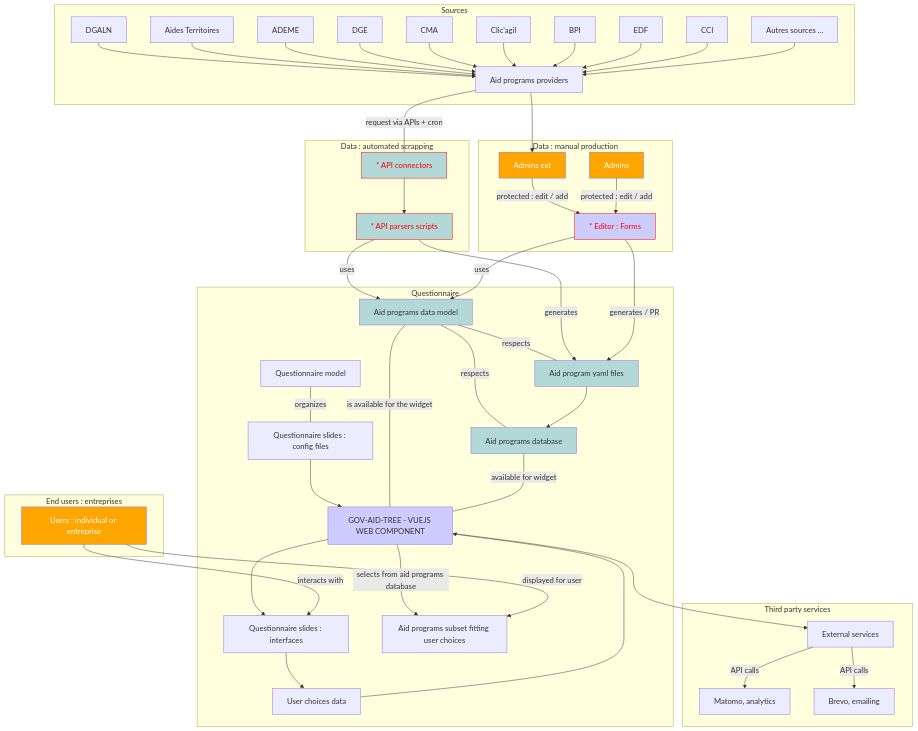
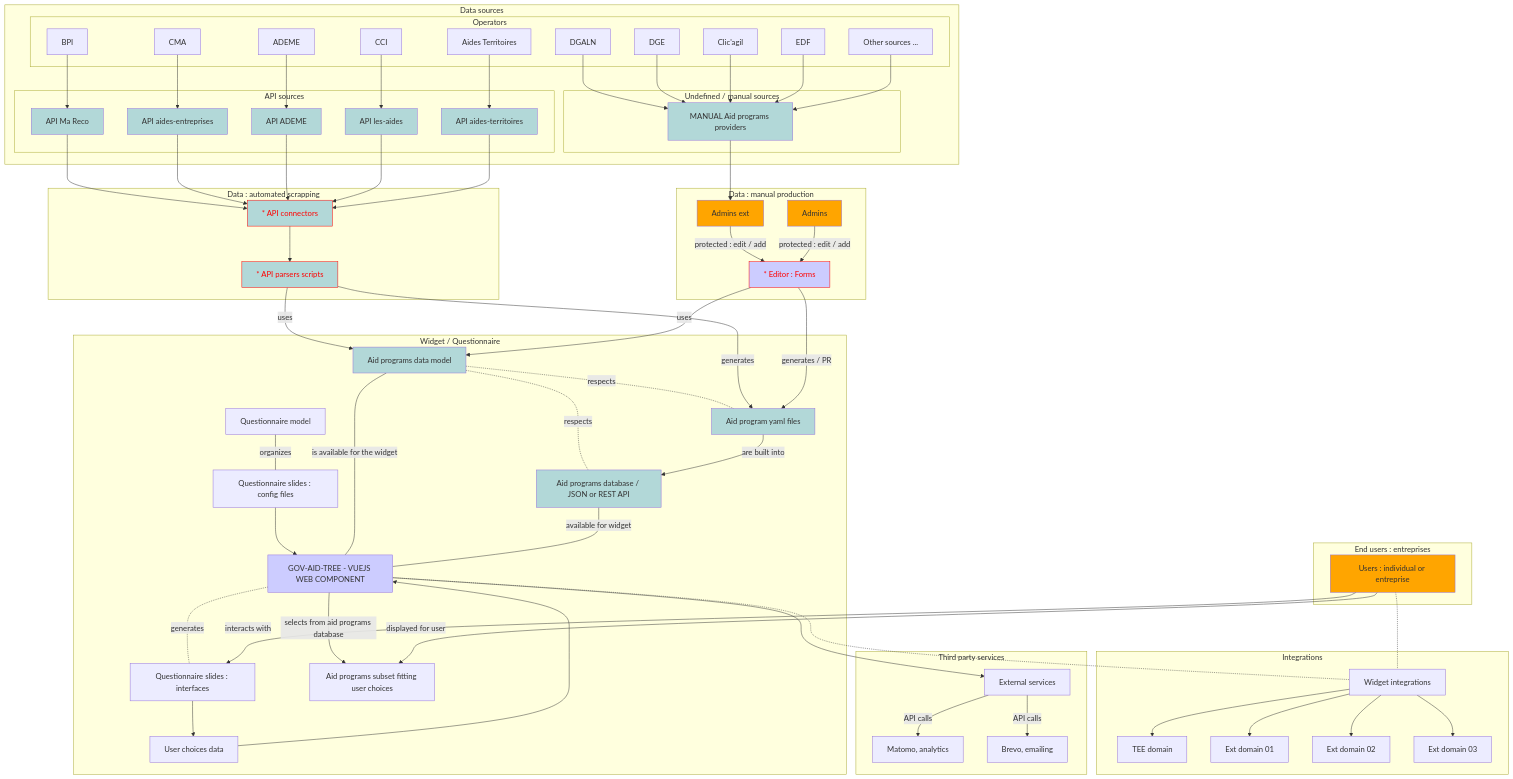
One commit to betagouv/mission-transition-ecologique changed the first of 2 diagrams in README.md. Above: the diagram before and after it, drawn with Mermaid. The commit also changed other lines of this file and 2 other files, not shown here.

````diff
--- a/README.md
+++ b/README.md
@@ -91,83 +91,117 @@
 ```mermaid
 graph TD;
     
-    subgraph "Questionnaire"
-    tracksModel[Questionnaire model] -- organizes --- tracks;
-    tracks[Questionnaire slides : config files] --> widget[GOV-AID-TREE - VUEJS WEB COMPONENT];
-    datamodel[Aid programs data model] -- is available for the widget --- widget;
-    questions[Questionnaire slides : interfaces] --> choices[User choices data];
-    widget -- selects from aid programs database --> results[Aid programs subset fitting user choices];
-    widget --> questions;
-    choices --> widget;
-    datasets[Aid programs database] -- available for widget --- widget;
-    datamodel -- respects --- datafiles;
-    datamodel -- respects --- datasets;
-    datafiles[Aid program yaml files] --> datasets;
+    subgraph "Widget / Questionnaire"
+	    tracksModel[Questionnaire model] -- organizes --- tracks
+	    tracks[Questionnaire slides : config files] --> widget[GOV-AID-TREE - VUEJS WEB COMPONENT]
+	    datamodel[Aid programs data model] -- is available for the widget --- widget
+	    questions[Questionnaire slides : interfaces] --> choices[User choices data]
+	    widget -. generates .- questions
+	    widget -- selects from aid programs database --> results[Aid programs subset fitting user choices]
+	    choices --> widget
+	    dataset[Aid programs database / JSON or REST API] -- available for widget --- widget
+	    datamodel -. respects .- dataset
+	    datamodel -. respects .- datafiles
+	    datafiles[Aid program yaml files] -- are built into --> dataset
     end
     
-    
     subgraph "Data : automated scrapping"
-    connectors[* API connectors] --> parser;
-    parser[* API parsers scripts] -- uses --> datamodel;
-    parser -- generates --> datafiles;
-    %% parser -- generates --> datasets;
+	    connectors[* API connectors] --> parser
+	    parser[* API parsers scripts] -- uses --> datamodel
+	    parser -- generates --> datafiles
+	    %% parser -- generates --> dataset
     end
 
     subgraph "Data : manual production"
-    adminsExt[Admins ext] -- protected : edit / add --> editor;
-    admins[Admins] -- protected : edit / add --> editor;
-    editor[* Editor : Forms] -- uses --> datamodel;
-    editor -- generates / PR --> datafiles;
+	    adminsExt[Admins ext] -- protected : edit / add --> editor
+	    admins[Admins] -- protected : edit / add --> editor
+	    editor[* Editor : Forms] -- uses --> datamodel
+	    editor -- generates / PR --> datafiles
+			%% adminsExt -.- admins
     end
 
-    
-    subgraph "Sources"
-    dgaln[DGALN] --> sources
-    aidesterr[Aides Territoires] --> sources
-    ademe[ADEME] --> sources
-    dge[DGE] --> sources
-    cma[CMA] --> sources
-    clicagil[Clic'agil] --> sources
-    bpi[BPI] --> sources
-    edf[EDF] --> sources
-    cci[CCI] --> sources
-    other[Autres sources ...] --> sources
-    sources[Aid programs providers] -- request via APIs + cron --- connectors;
+    subgraph "Data sources"
+			subgraph "Operators"
+				dgaln[DGALN]
+				aidesterr[Aides Territoires]
+				ademe[ADEME]
+				dge[DGE]
+				cma[CMA]
+				clicagil[Clic'agil]
+				bpi[BPI]
+				edf[EDF]
+				cci[CCI]
+				others[Other sources ...]
+			end
+			subgraph "API sources"
+				bpi --> maReco[API Ma Reco]
+				cma --> aidesEntr[API aides-entreprises]
+				ademe --> ademeApi[API ADEME]
+				cci --> lesAides[API les-aides]
+				aidesterr --> aidesterrApi[API aides-territoires]
+				maReco --> connectors
+				aidesEntr --> connectors
+				ademeApi --> connectors
+				lesAides --> connectors
+				aidesterrApi --> connectors
+			end
+			subgraph "Undefined / manual sources"
+		    sources[MANUAL Aid programs providers]
+			end
+    dgaln --> sources
+    dge --> sources
+    clicagil --> sources
+    edf --> sources
+    others --> sources
     end 
 
     sources --> adminsExt
     
     subgraph "End users : entreprises"
-    user[Users : individual or entreprise];
-    user -- displayed for user --> results;
-    user -- interacts with --> questions ;
+	    user[Users : individual or entreprise]
+	    user -- displayed for user --> results
+	    user -- interacts with --> questions
     end
-    
+ 
+		subgraph "Integrations"
+			integrations[Widget integrations]
+	    integrations --> teeDomain[TEE domain]
+	    integrations --> partner01[Ext domain 01]
+	    integrations --> partner02[Ext domain 02]
+	    integrations --> partner03[Ext domain 03]
+		end
+
     subgraph "Third party services"
-    services[External services]
+	    services[External services]
+	    services -- API calls --> Matomo[Matomo, analytics]
+	    services -- API calls --> Brevo[Brevo, emailing]
+    end
+		
+		user -.- integrations
+		widget -.- integrations
     widget --> services
-    services -- API calls --> Matomo[Matomo, analytics]
-    services -- API calls --> Brevo[Brevo, emailing]
-    end
-    
+
     %% STYLES APPS
     style widget fill:#ccccff
     style editor fill:#ccccff
     
     %% STYLES DATA
+    style maReco fill:#b2d8d8
+    style aidesEntr fill:#b2d8d8
+    style ademeApi fill:#b2d8d8
+    style lesAides fill:#b2d8d8
+    style aidesterrApi fill:#b2d8d8
+    style sources fill:#b2d8d8
     style connectors fill:#b2d8d8
     style datafiles fill:#b2d8d8
-    style datasets fill:#b2d8d8
+    style dataset fill:#b2d8d8
     style datamodel fill:#b2d8d8
     style parser fill:#b2d8d8
 
     %% STYLES USERS
     style admins fill:orange
-    style admins color:white
     style adminsExt fill:orange
-    style adminsExt color:white
     style user fill:orange
-    style user color:white
     
     %% TO_DO
     style editor color:red
````
